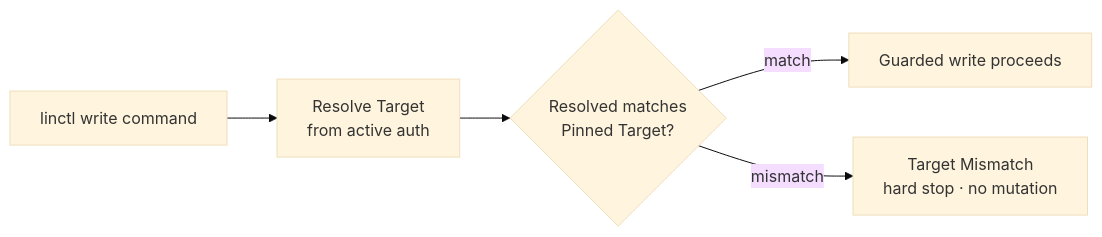
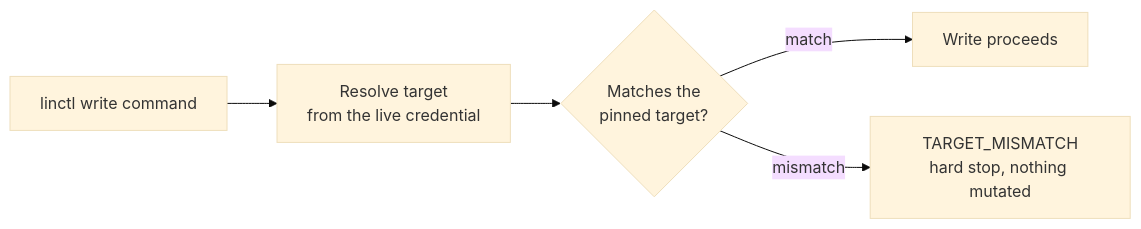
One commit to KyaniteHQ/linctl changed the diagram in README.md. Above: the diagram before and after it, drawn with Mermaid (base theme). The commit also changed other lines of this file and 12 other files, not shown here.

````diff
--- a/README.md
+++ b/README.md
@@ -47,7 +59,7 @@
 ```mermaid
 flowchart LR
-    A[linctl write command] --> B[Resolve Target<br/>from active auth]
-    B --> C{Resolved matches<br/>Pinned Target?}
-    C -->|match| D[Guarded write proceeds]
-    C -->|mismatch| E[Target Mismatch<br/>hard stop · no mutation]
+    A[linctl write command] --> B[Resolve target<br/>from the live credential]
+    B --> C{Matches the<br/>pinned target?}
+    C -->|match| D[Write proceeds]
+    C -->|mismatch| E[TARGET_MISMATCH<br/>hard stop, nothing mutated]
 ```
````
